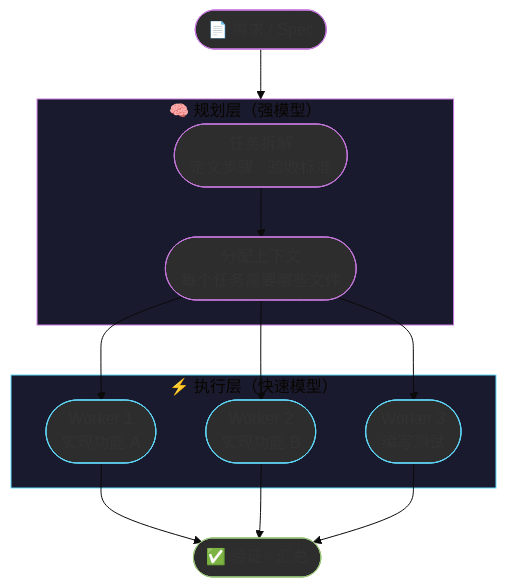
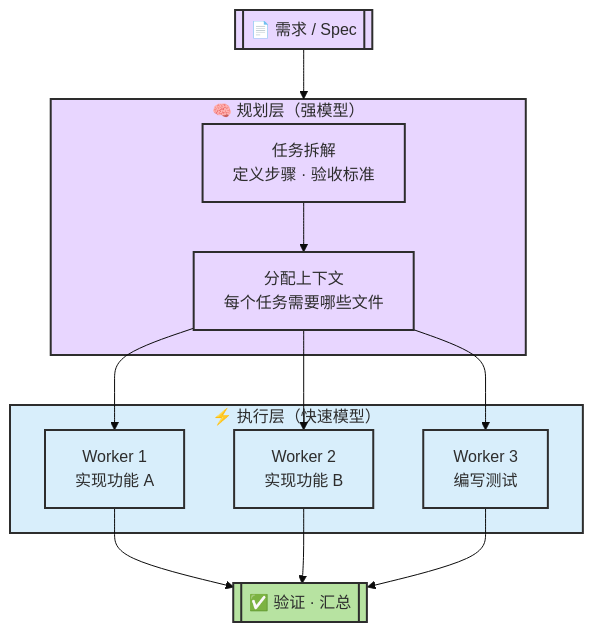
Before and after one commit to zht043/AgenticCodingTutorial: the third of 10 diagrams in docs/chapters/ch11-design-patterns.md, drawn with Mermaid (base theme). The commit also changed other lines of this file and 26 other files, not shown here.

````diff
--- a/docs/chapters/ch11-design-patterns.md
+++ b/docs/chapters/ch11-design-patterns.md
@@ -125,33 +135,33 @@
 ```mermaid
 flowchart TB
-    classDef plan fill:#2d2d2d,stroke:#c678dd
-    classDef work fill:#2d2d2d,stroke:#61dafb
-    classDef check fill:#2d2d2d,stroke:#98c379
+    classDef plan fill:#e8d6ff,stroke:#2d2d2d,stroke-width:2px,color:#2d2d2d
+    classDef work fill:#d8eefb,stroke:#2d2d2d,stroke-width:2px,color:#2d2d2d
+    classDef check fill:#b7e3a1,stroke:#2d2d2d,stroke-width:2px,color:#2d2d2d
 
-    Spec(["📄 需求 / Spec"]):::plan
+    Spec[["📄 需求 / Spec"]]:::plan
 
     subgraph Planning["🧠 规划层（强模型）"]
-        P1(["任务拆解<br/>定义步骤 · 验收标准"]):::plan
-        P2(["分配上下文<br/>每个任务需要哪些文件"]):::plan
+        P1["任务拆解<br/>定义步骤 · 验收标准"]:::plan
+        P2["分配上下文<br/>每个任务需要哪些文件"]:::plan
     end
 
     subgraph Execution["⚡ 执行层（快速模型）"]
-        E1(["Worker 1<br/>实现功能 A"]):::work
-        E2(["Worker 2<br/>实现功能 B"]):::work
-        E3(["Worker 3<br/>编写测试"]):::work
+        E1["Worker 1<br/>实现功能 A"]:::work
+        E2["Worker 2<br/>实现功能 B"]:::work
+        E3["Worker 3<br/>编写测试"]:::work
     end
 
-    Verify(["✅ 验证 · 汇总"]):::check
+    Verify[["✅ 验证 · 汇总"]]:::check
 
     Spec --> Planning
     P1 --> P2
     P2 --> E1
     P2 --> E2
     P2 --> E3
     E1 --> Verify
     E2 --> Verify
     E3 --> Verify
 
-    style Planning fill:#1a1a2e,stroke:#c678dd
-    style Execution fill:#1a1a2e,stroke:#61dafb
+    style Planning fill:#e8d6ff,stroke:#2d2d2d,stroke-width:2px,color:#2d2d2d
+    style Execution fill:#d8eefb,stroke:#2d2d2d,stroke-width:2px,color:#2d2d2d
 ```
````
